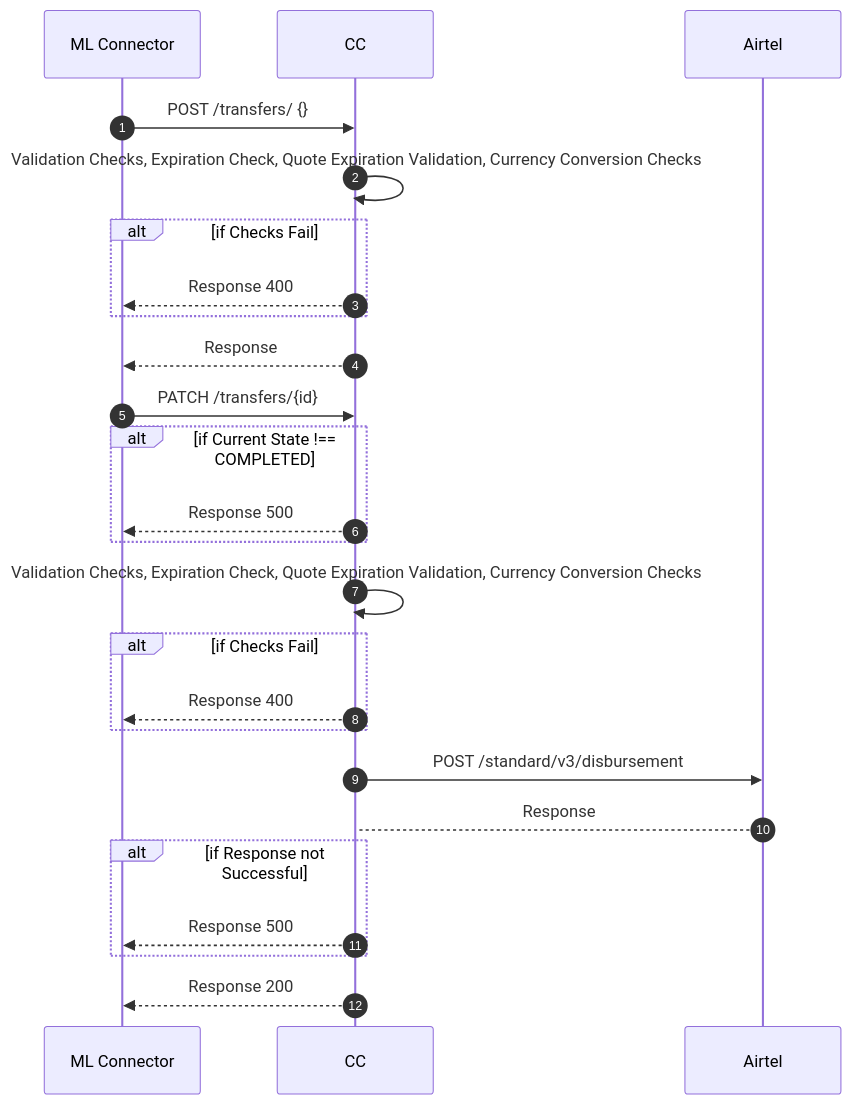
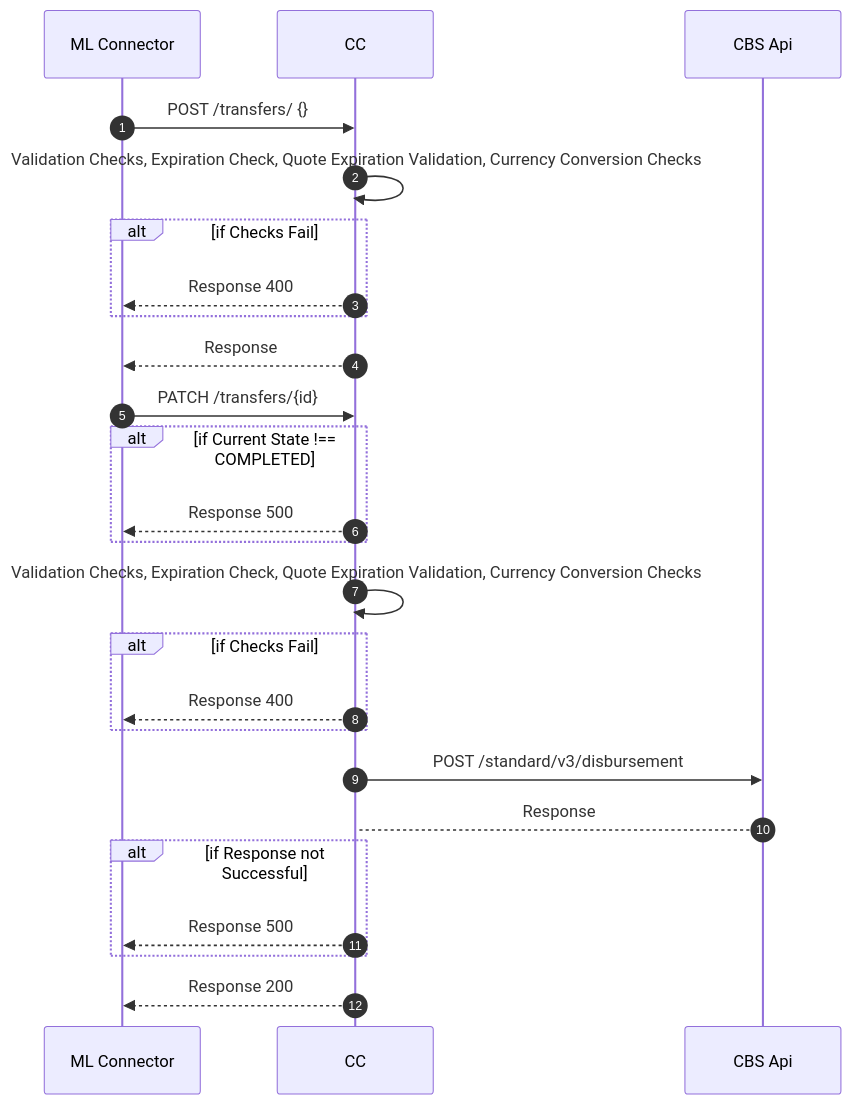
Before and after one commit to mojaloop/ml-reference-connectors: the diagram in core-connector-template/docs/payee-transfers.md, drawn with Mermaid. The commit also changed 5 other files, not shown here.

Commit message:
docs: refined template sequence diagrams and documentation

````diff
--- a/core-connector-template/docs/payee-transfers.md
+++ b/core-connector-template/docs/payee-transfers.md
@@ -2,25 +2,25 @@
 ```mermaid
 sequenceDiagram
   autoNumber
 ML Connector ->> CC:  POST /transfers/ {}
 CC->>CC:Validation Checks, Expiration Check, Quote Expiration Validation, Currency Conversion Checks
 Alt if Checks Fail
 CC-->>ML Connector: Response 400
 End
 CC-->>ML Connector: Response
 ML Connector->>CC: PATCH /transfers/{id}
 Alt if Current State !== COMPLETED
 CC-->>ML Connector: Response 500
 End
 CC->>CC: Validation Checks, Expiration Check, Quote Expiration Validation, Currency Conversion Checks
 Alt if Checks Fail
 CC-->>ML Connector: Response 400
 End
-CC->>Airtel: POST /standard/v3/disbursement
-Airtel-->CC: Response
+CC->>CBS Api: POST /standard/v3/disbursement
+CBS Api-->CC: Response
 Alt if Response not Successful
 CC-->>ML Connector: Response 500
 End
 CC-->>ML Connector: Response 200
 
 ```
````
